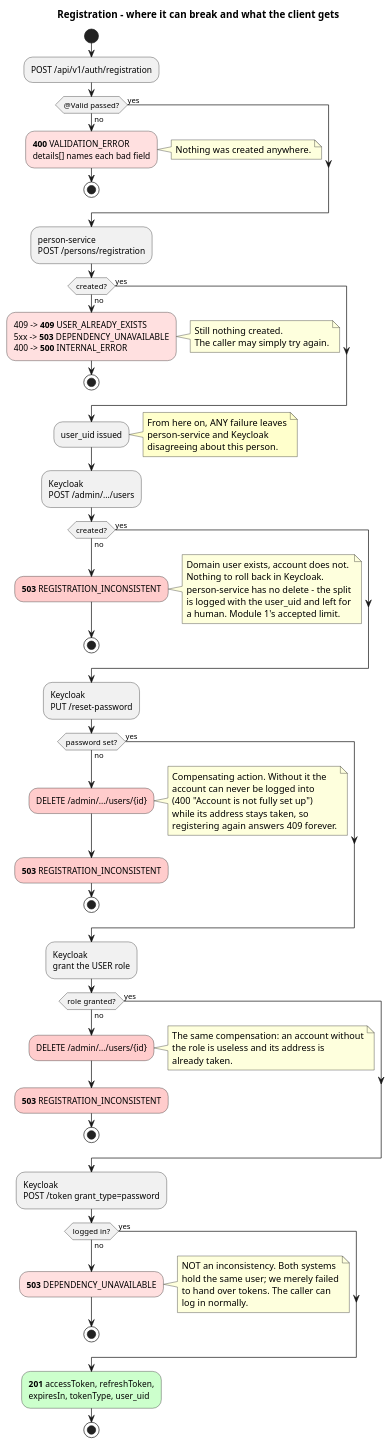
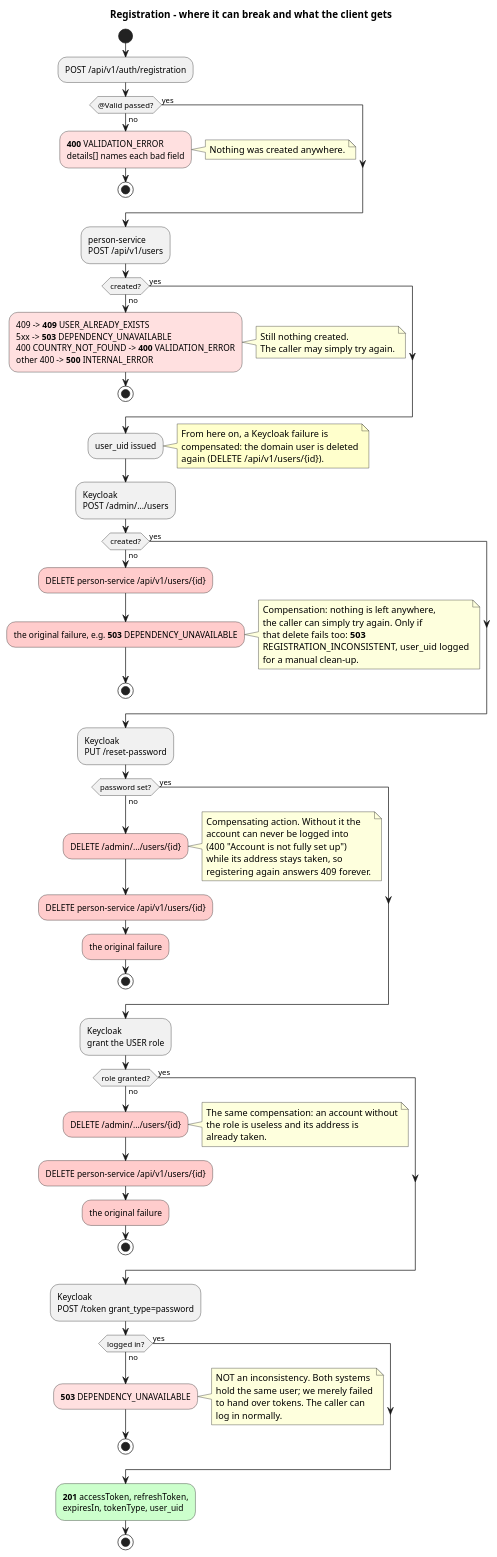
Before and after one commit to dezxxx/payment-platform: the fourth of 4 diagrams in docs/puml-diagrams/gateway-flow.puml, drawn with PlantUML. The commit also changed other lines of this file and 16 other files, not shown here.

Commit message:
docs: describe person-service, the client and compensation

```diff
--- a/docs/puml-diagrams/gateway-flow.puml
+++ b/docs/puml-diagrams/gateway-flow.puml
@@ -247,102 +247,106 @@
 @startuml gateway-failures
 title Registration - where it can break and what the client gets
 
 skinparam shadowing false
 
 start
 
 :POST /api/v1/auth/registration;
 
 if (@Valid passed?) then (no)
   #FFE0E0:**400** VALIDATION_ERROR
   details[] names each bad field;
   note right: Nothing was created anywhere.
   stop
 else (yes)
 endif
 
-:person-service\nPOST /persons/registration;
+:person-service\nPOST /api/v1/users;
 
 if (created?) then (no)
   #FFE0E0:409 -> **409** USER_ALREADY_EXISTS
   5xx -> **503** DEPENDENCY_UNAVAILABLE
-  400 -> **500** INTERNAL_ERROR;
+  400 COUNTRY_NOT_FOUND -> **400** VALIDATION_ERROR
+  other 400 -> **500** INTERNAL_ERROR;
   note right
     Still nothing created.
     The caller may simply try again.
   end note
   stop
 else (yes)
 endif
 
 :user_uid issued;
 note right #FFFFCC
-  From here on, ANY failure leaves
-  person-service and Keycloak
-  disagreeing about this person.
+  From here on, a Keycloak failure is
+  compensated: the domain user is deleted
+  again (DELETE /api/v1/users/{id}).
 end note
 
 :Keycloak\nPOST /admin/.../users;
 
 if (created?) then (no)
-  #FFCCCC:**503** REGISTRATION_INCONSISTENT;
+  #FFCCCC:DELETE person-service /api/v1/users/{id};
+  #FFCCCC:the original failure, e.g. **503** DEPENDENCY_UNAVAILABLE;
   note right
-    Domain user exists, account does not.
-    Nothing to roll back in Keycloak.
-    person-service has no delete - the split
-    is logged with the user_uid and left for
-    a human. Module 1's accepted limit.
+    Compensation: nothing is left anywhere,
+    the caller can simply try again. Only if
+    that delete fails too: **503**
+    REGISTRATION_INCONSISTENT, user_uid logged
+    for a manual clean-up.
   end note
   stop
 else (yes)
 endif
 
 :Keycloak\nPUT /reset-password;
 
 if (password set?) then (no)
   #FFCCCC:DELETE /admin/.../users/{id};
   note right
     Compensating action. Without it the
     account can never be logged into
     (400 "Account is not fully set up")
     while its address stays taken, so
     registering again answers 409 forever.
   end note
-  #FFCCCC:**503** REGISTRATION_INCONSISTENT;
+  #FFCCCC:DELETE person-service /api/v1/users/{id};
+  #FFCCCC:the original failure;
   stop
 else (yes)
 endif
 
 :Keycloak\ngrant the USER role;
 
 if (role granted?) then (no)
   #FFCCCC:DELETE /admin/.../users/{id};
   note right
     The same compensation: an account without
     the role is useless and its address is
     already taken.
   end note
-  #FFCCCC:**503** REGISTRATION_INCONSISTENT;
+  #FFCCCC:DELETE person-service /api/v1/users/{id};
+  #FFCCCC:the original failure;
   stop
 else (yes)
 endif
 
 :Keycloak\nPOST /token grant_type=password;
 
 if (logged in?) then (no)
   #FFE0E0:**503** DEPENDENCY_UNAVAILABLE;
   note right
     NOT an inconsistency. Both systems
     hold the same user; we merely failed
     to hand over tokens. The caller can
     log in normally.
   end note
   stop
 else (yes)
 endif
 
 #CCFFCC:**201** accessToken, refreshToken,
 expiresIn, tokenType, user_uid;
 stop
 
 @enduml
```
